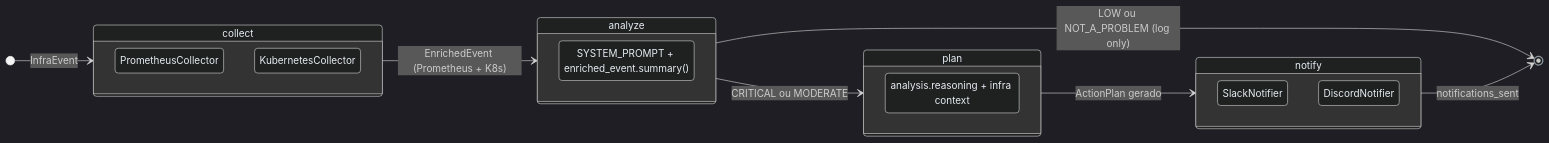
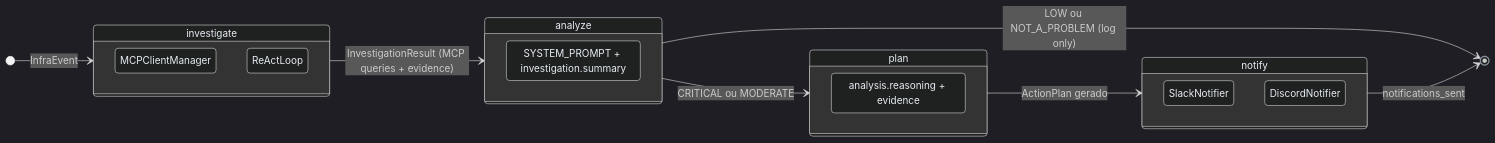
The first of 2 diagrams in docs/agent.md (Vinny1892/octantis), drawn with Mermaid before and after one commit. The commit also changed other lines of this file and 3 other files, not shown here.

First line of the commit message:
docs: rewrite technical docs for MCP-driven architecture

````diff
--- a/docs/agent.md
+++ b/docs/agent.md
@@ -12,30 +12,30 @@
 ```mermaid
 %%{init: {"theme": "dark", "themeVariables": {"primaryColor": "#2d333b", "primaryBorderColor": "#6d5dfc", "primaryTextColor": "#e6edf3", "lineColor": "#8b949e", "secondaryColor": "#161b22"}}}%%
 stateDiagram-v2
     direction LR
-    [*] --> collect: InfraEvent
+    [*] --> investigate: InfraEvent
 
-    collect --> analyze: EnrichedEvent (Prometheus + K8s)
+    investigate --> analyze: InvestigationResult (MCP queries + evidence)
 
     analyze --> plan: CRITICAL ou MODERATE
     analyze --> [*]: LOW ou NOT_A_PROBLEM (log only)
 
     plan --> notify: ActionPlan gerado
 
     notify --> [*]: notifications_sent
 
-    state collect {
-        PrometheusCollector
-        KubernetesCollector
+    state investigate {
+        MCPClientManager
+        ReActLoop
     }
     state analyze {
-        LLM_analyzer: SYSTEM_PROMPT + enriched_event.summary()
+        LLM_analyzer: SYSTEM_PROMPT + investigation.summary
     }
     state plan {
-        LLM_planner: analysis.reasoning + infra context
+        LLM_planner: analysis.reasoning + evidence
     }
     state notify {
         SlackNotifier
         DiscordNotifier
     }
 ```
````
